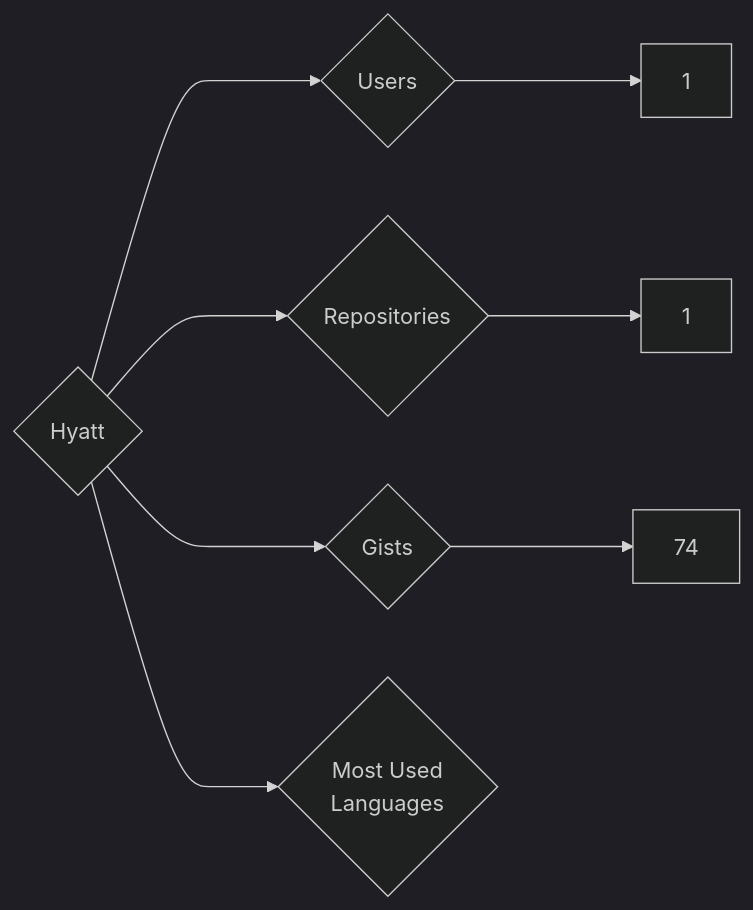
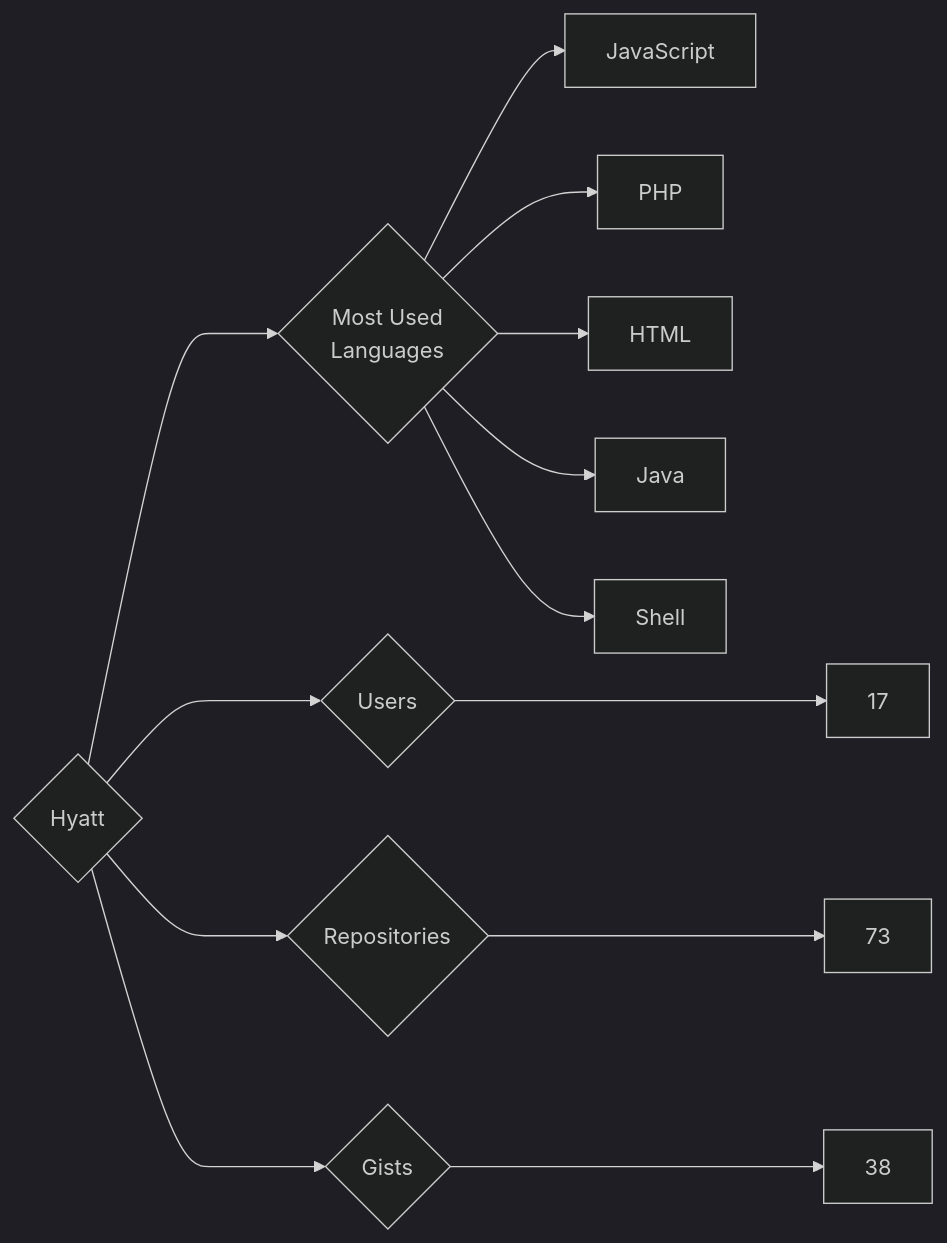
The diagram in targets/Hyatt/README.md (trickest/insiders), drawn with Mermaid (dark theme) before and after one commit. The commit also changed 809 other files, not shown here.

````diff
--- a/targets/Hyatt/README.md
+++ b/targets/Hyatt/README.md
@@ -3,8 +3,13 @@
 ```mermaid
 graph LR
 COMPANY_NAME{Hyatt}
-COMPANY_NAME ---> U{Users} ---> UN[1]
-COMPANY_NAME ---> R{Repositories} ---> RN[1]
-COMPANY_NAME ---> G{Gists} ---> GN[74]
+COMPANY_NAME ---> U{Users} ---> UN[17]
+COMPANY_NAME ---> R{Repositories} ---> RN[73]
+COMPANY_NAME ---> G{Gists} ---> GN[38]
 COMPANY_NAME ---> ML{Most Used<br>Languages}
+ML --> JavaScript[JavaScript]
+ML --> PHP[PHP]
+ML --> HTML[HTML]
+ML --> Java[Java]
+ML --> Shell[Shell]
 ```
````
